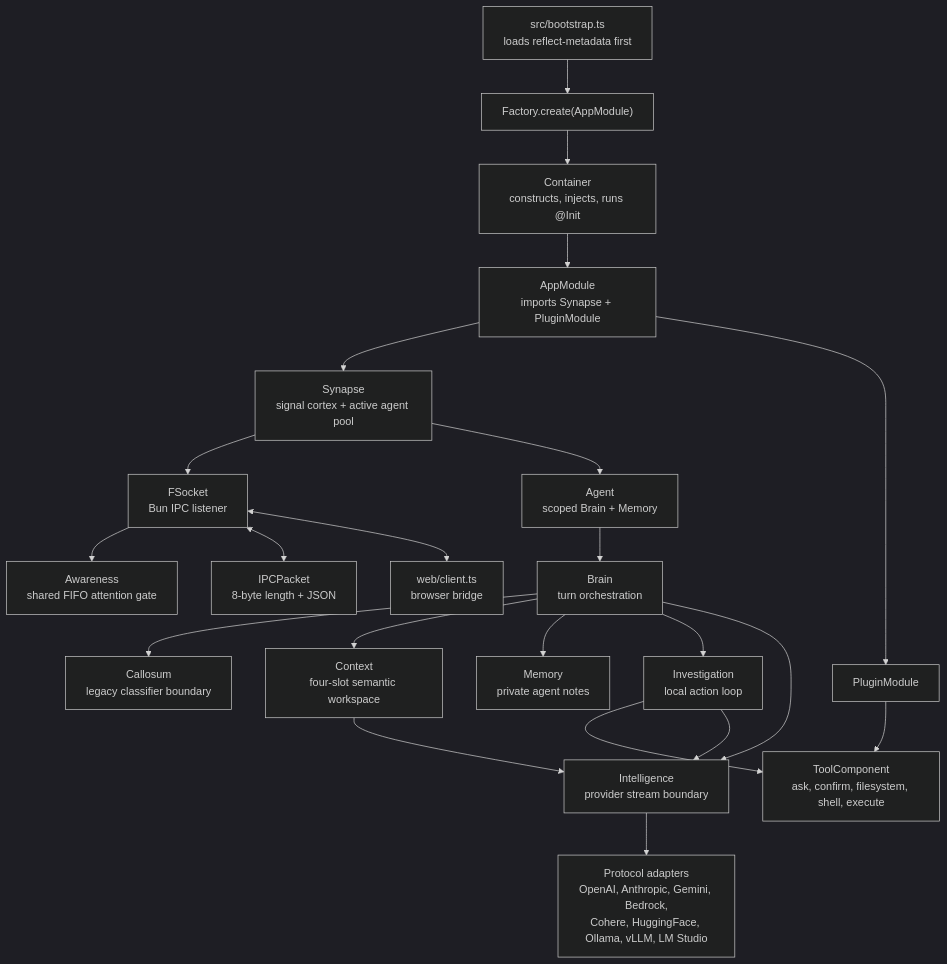
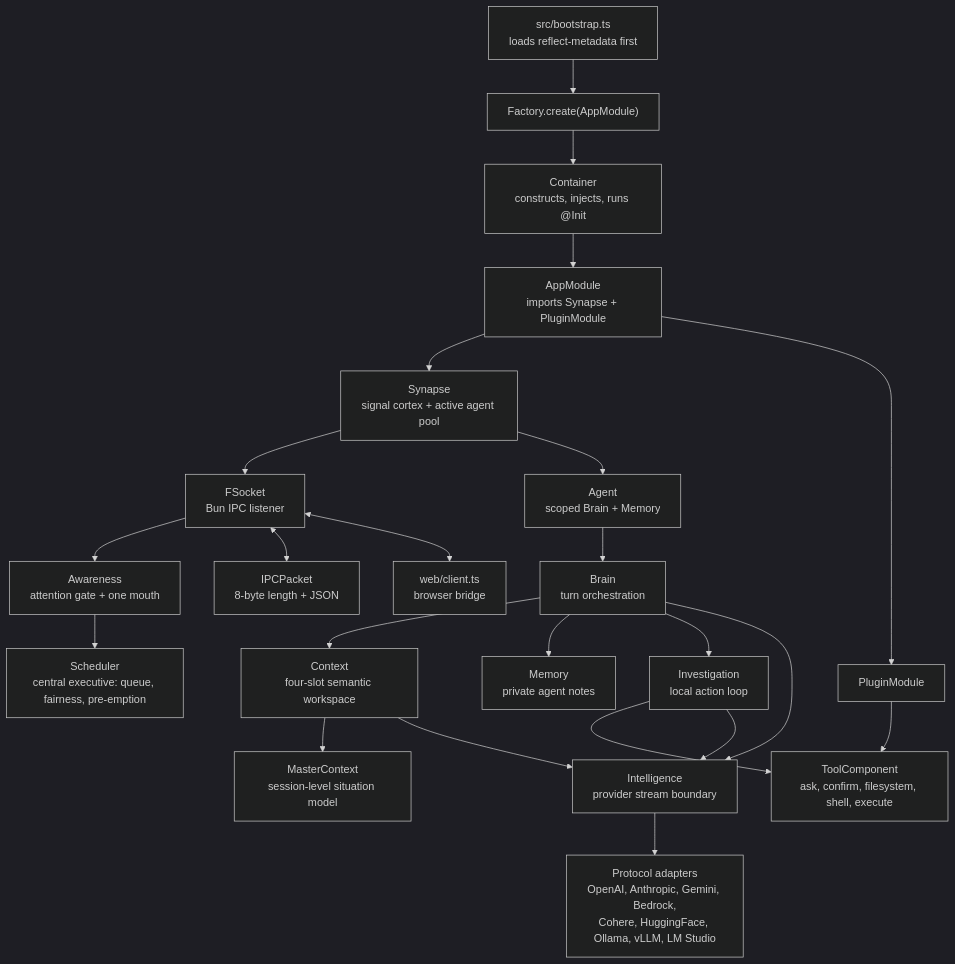
One commit to flyflor/flyflor changed the first of 3 diagrams in README.md. Above: the diagram before and after it, drawn with Mermaid (dark theme). The commit also changed other lines of this file and 34 other files, not shown here.

First line of the commit message:
refactor: unified intent routing, central-executive scheduler, parallel coordinate, session master context

````diff
--- a/README.md
+++ b/README.md
@@ -28,27 +28,28 @@
 ```mermaid
 flowchart TB
     Bootstrap["src/bootstrap.ts<br/>loads reflect-metadata first"] --> Factory["Factory.create(AppModule)"]
     Factory --> Container["Container<br/>constructs, injects, runs @Init"]
     Container --> AppModule["AppModule<br/>imports Synapse + PluginModule"]
 
     AppModule --> Synapse["Synapse<br/>signal cortex + active agent pool"]
     AppModule --> PluginModule["PluginModule"]
     PluginModule --> Tools["ToolComponent<br/>ask, confirm, filesystem, shell, execute"]
 
     Synapse --> Socket["FSocket<br/>Bun IPC listener"]
-    Socket --> Awareness["Awareness<br/>shared FIFO attention gate"]
+    Socket --> Awareness["Awareness<br/>attention gate + one mouth"]
+    Awareness --> Scheduler["Scheduler<br/>central executive: queue, fairness, pre-emption"]
     Socket <--> Packet["IPCPacket<br/>8-byte length + JSON"]
     Socket <--> Client["web/client.ts<br/>browser bridge"]
 
     Synapse --> Agent["Agent<br/>scoped Brain + Memory"]
     Agent --> Brain["Brain<br/>turn orchestration"]
-    Brain --> Callosum["Callosum<br/>legacy classifier boundary"]
     Brain --> Context["Context<br/>four-slot semantic workspace"]
+    Context --> MasterContext["MasterContext<br/>session-level situation model"]
     Brain --> Memory["Memory<br/>private agent notes"]
     Brain --> Investigation["Investigation<br/>local action loop"]
     Brain --> Intelligence["Intelligence<br/>provider stream boundary"]
     Context --> Intelligence
     Investigation --> Tools
     Investigation --> Intelligence
     Intelligence --> Protocols["Protocol adapters<br/>OpenAI, Anthropic, Gemini, Bedrock,<br/>Cohere, HuggingFace, Ollama, vLLM, LM Studio"]
 ```
````
